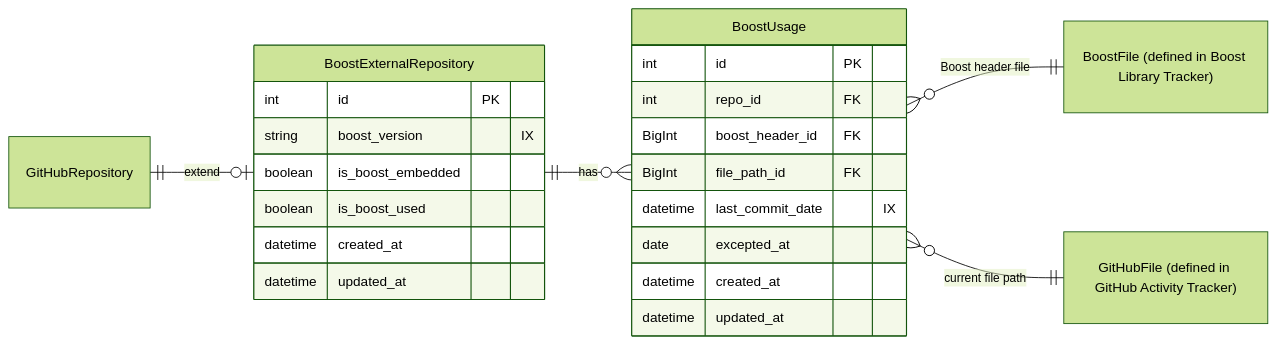
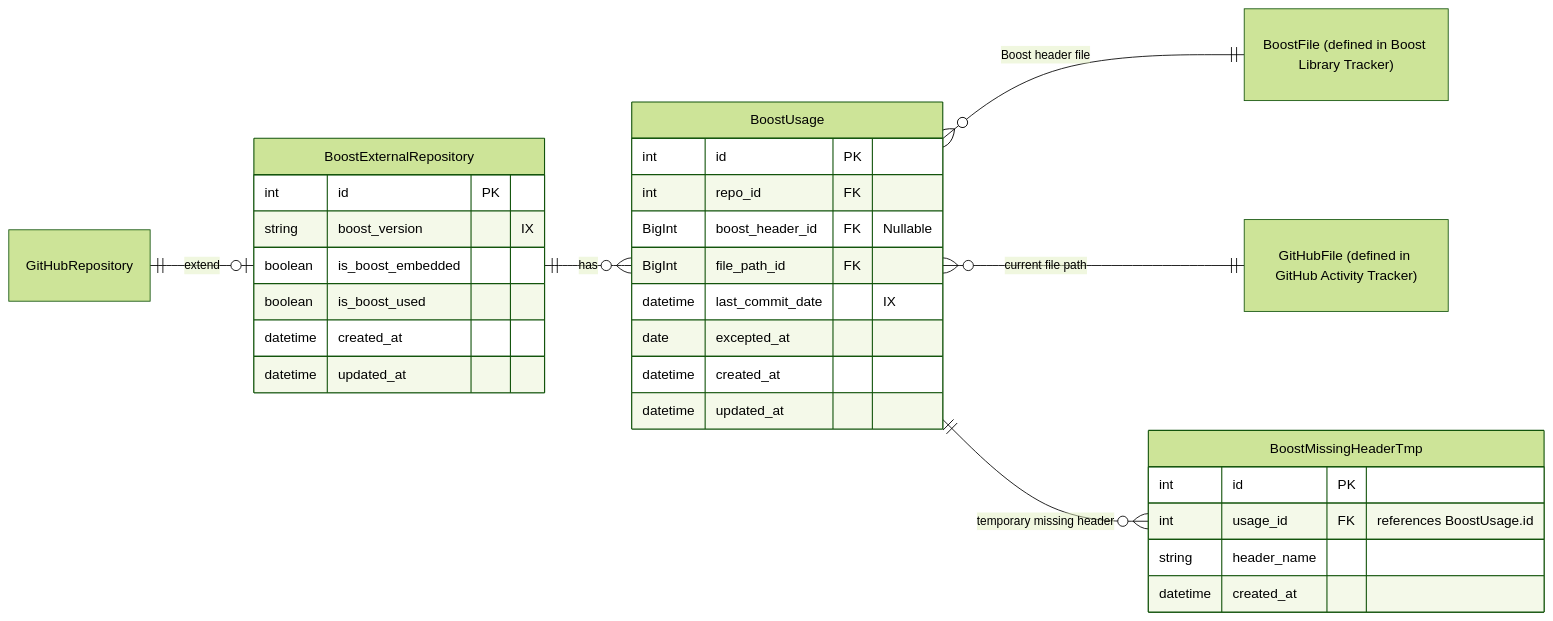
Before and after one commit to cppalliance/boost-data-collector: the seventh of 12 diagrams in docs/Schema.md, drawn with Mermaid (forest theme). The commit also changed other lines of this file and 19 other files, not shown here.

Commit message:
#20- add boost_usage_tracker app

````diff
--- a/docs/Schema.md
+++ b/docs/Schema.md
@@ -452,29 +452,37 @@
 ```mermaid
 erDiagram
     direction LR
     GitHubRepository ||--o| BoostExternalRepository : "extend"
     BoostExternalRepository ||--o{ BoostUsage : "has"
     BoostUsage }o--|| "BoostFile (defined in Boost Library Tracker)" : "Boost header file"
     BoostUsage }o--|| "GitHubFile (defined in GitHub Activity Tracker)" : "current file path"
+    BoostUsage ||--o{ BoostMissingHeaderTmp : "temporary missing header"
 
     BoostExternalRepository {
         int id PK
         string boost_version "IX"
         boolean is_boost_embedded
         boolean is_boost_used
         datetime created_at
         datetime updated_at
     }
 
     BoostUsage {
         int id PK
         int repo_id FK
-        BigInt boost_header_id FK
+        BigInt boost_header_id FK "Nullable"
         BigInt file_path_id FK
         datetime last_commit_date "IX"
         date excepted_at
         datetime created_at
         datetime updated_at
     }
 
+    BoostMissingHeaderTmp {
+        int id PK
+        int usage_id FK "references BoostUsage.id"
+        string header_name
+        datetime created_at
+    }
+
 ```
````
